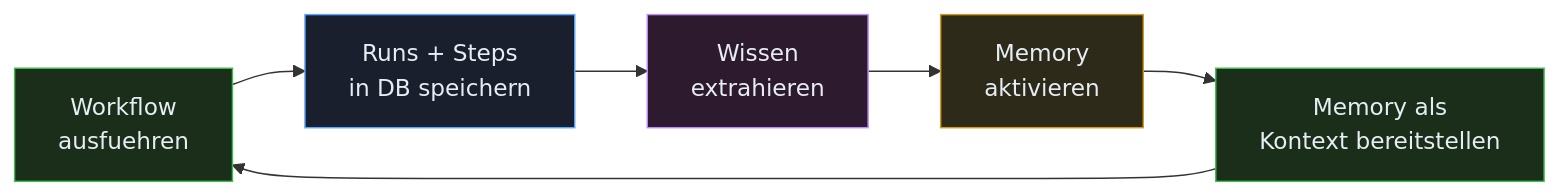
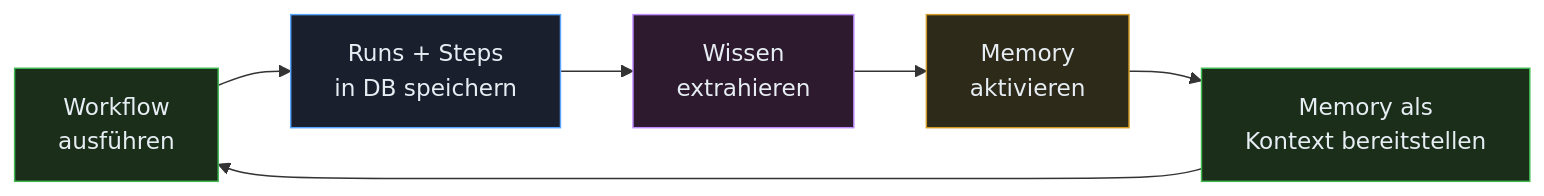
Before and after one commit to FLSEST/MySuricates: the fifth of 7 diagrams in docs/workflow-memory-diagrams.md, drawn with Mermaid. The commit also changed other lines of this file and 4 other files, not shown here.

First line of the commit message:
docs(diagramme): Memory page describes the current state instead of an old refactoring

````diff
--- a/docs/workflow-memory-diagrams.md
+++ b/docs/workflow-memory-diagrams.md
@@ -187,14 +192,14 @@
 ```mermaid
 graph LR
-    A["Workflow<br/>ausfuehren"] --> B["Runs + Steps<br/>in DB speichern"]
+    A["Workflow<br/>ausführen"] --> B["Runs + Steps<br/>in DB speichern"]
     B --> C["Wissen<br/>extrahieren"]
     C --> D["Memory<br/>aktivieren"]
     D --> E["Memory als<br/>Kontext bereitstellen"]
     E --> A
 
     style A fill:#1a2e1a,stroke:#3fb950,color:#e6edf3
     style B fill:#1a1f2e,stroke:#58a6ff,color:#e6edf3
     style C fill:#2e1a2e,stroke:#bc8cff,color:#e6edf3
     style D fill:#2e2a1a,stroke:#d29922,color:#e6edf3
     style E fill:#1a2e1a,stroke:#3fb950,color:#e6edf3
 ```
````
